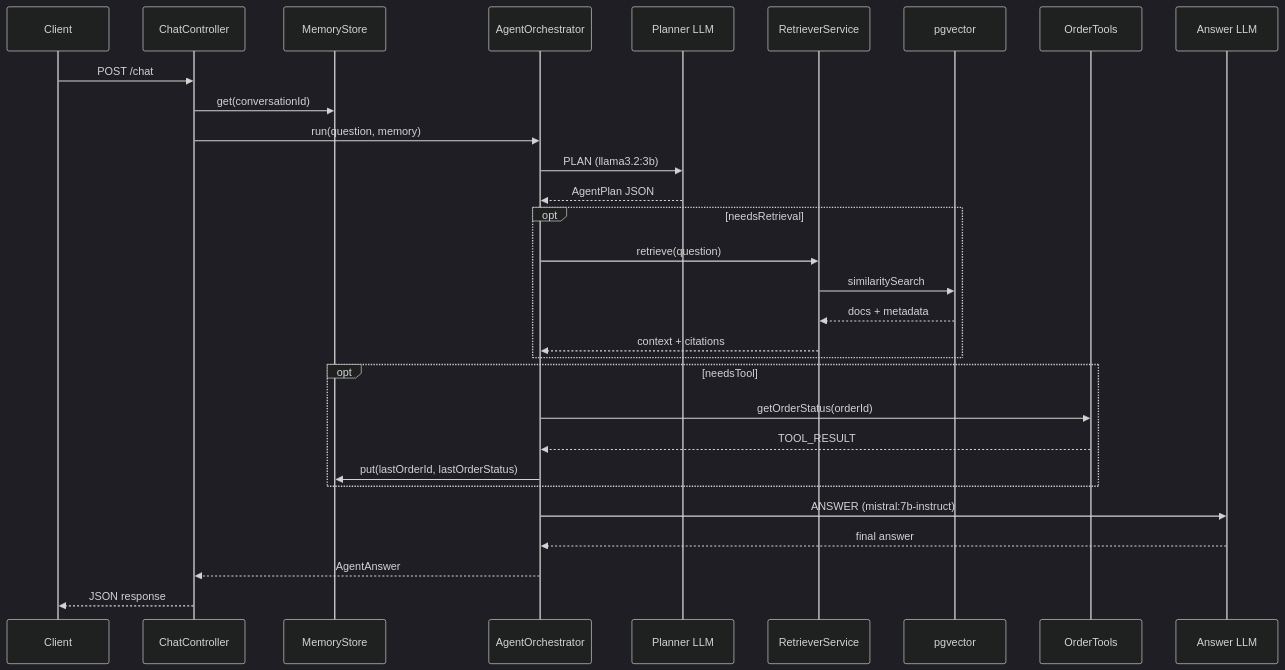
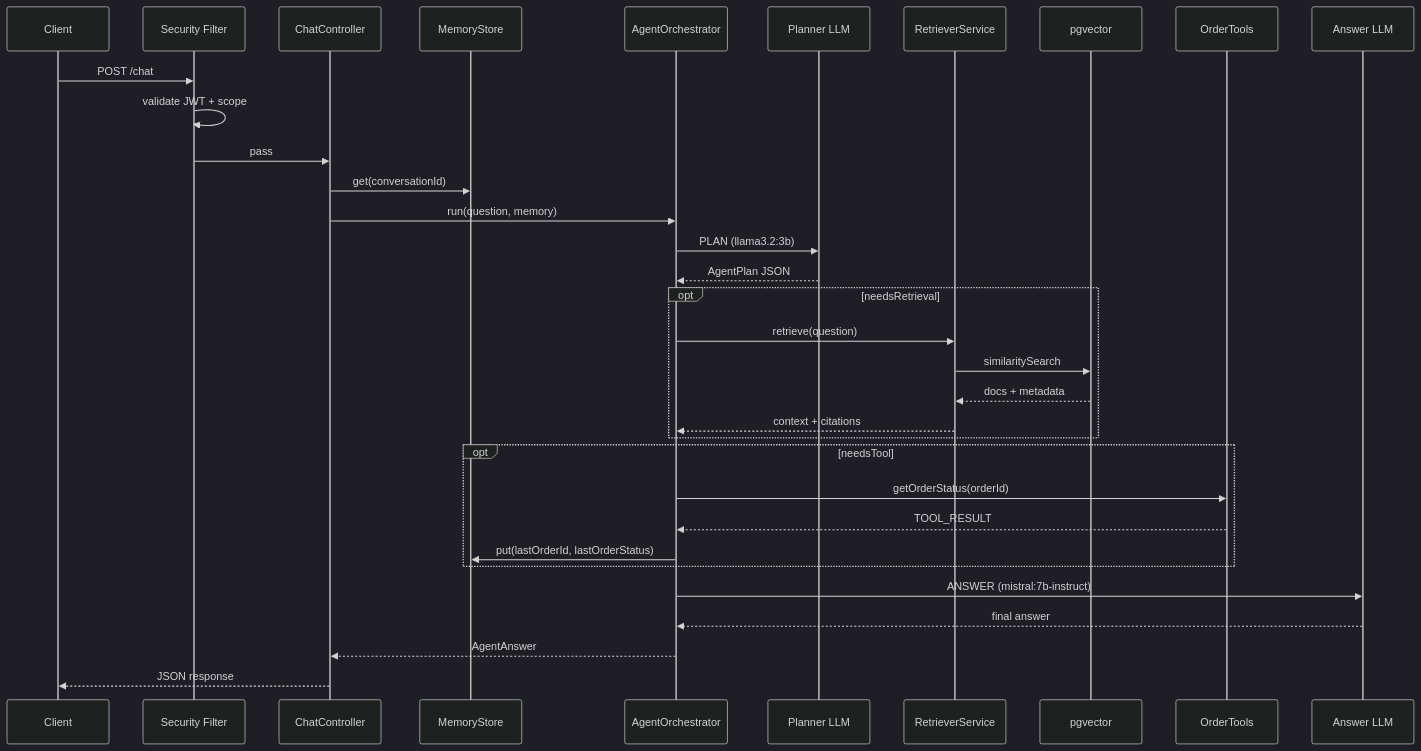
Before and after one commit to sebsibegetachew21-hue/spring-ai-app: the third of 4 diagrams in src/main/resources/architecture.md, drawn with Mermaid (dark theme). The commit also changed other lines of this file and 6 other files, not shown here.

Commit message:
added JWT security

````diff
--- a/src/main/resources/architecture.md
+++ b/src/main/resources/architecture.md
@@ -62,33 +70,36 @@
 ```mermaid
 sequenceDiagram
     participant Client
+    participant Security as Security Filter
     participant Controller as ChatController
     participant Memory as MemoryStore
     participant Orchestrator as AgentOrchestrator
     participant Planner as Planner LLM
     participant Retriever as RetrieverService
     participant Vector as pgvector
     participant Tool as OrderTools
     participant Answer as Answer LLM
 
-    Client->>Controller: POST /chat
+    Client->>Security: POST /chat
+    Security->>Security: validate JWT + scope
+    Security->>Controller: pass
     Controller->>Memory: get(conversationId)
     Controller->>Orchestrator: run(question, memory)
     Orchestrator->>Planner: PLAN (llama3.2:3b)
     Planner-->>Orchestrator: AgentPlan JSON
     opt needsRetrieval
         Orchestrator->>Retriever: retrieve(question)
         Retriever->>Vector: similaritySearch
         Vector-->>Retriever: docs + metadata
         Retriever-->>Orchestrator: context + citations
     end
     opt needsTool
         Orchestrator->>Tool: getOrderStatus(orderId)
         Tool-->>Orchestrator: TOOL_RESULT
         Orchestrator->>Memory: put(lastOrderId, lastOrderStatus)
     end
     Orchestrator->>Answer: ANSWER (mistral:7b-instruct)
     Answer-->>Orchestrator: final answer
     Orchestrator-->>Controller: AgentAnswer
     Controller-->>Client: JSON response
 ```
````
